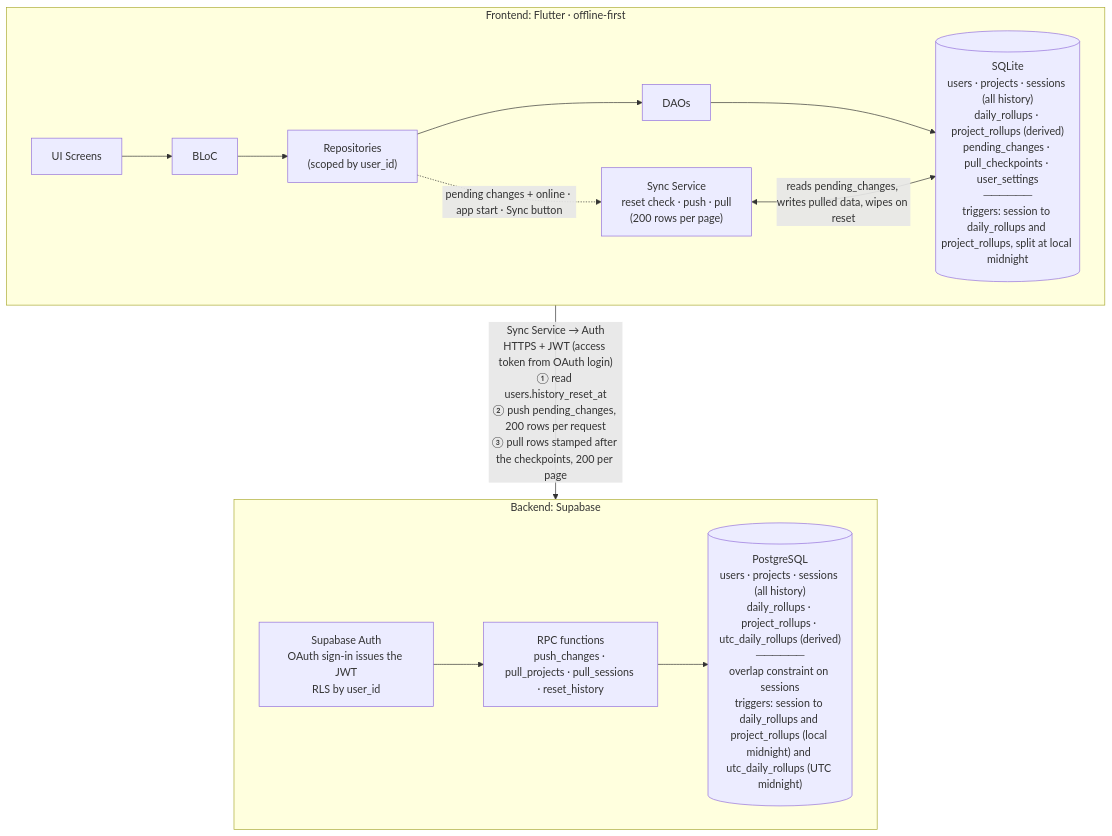
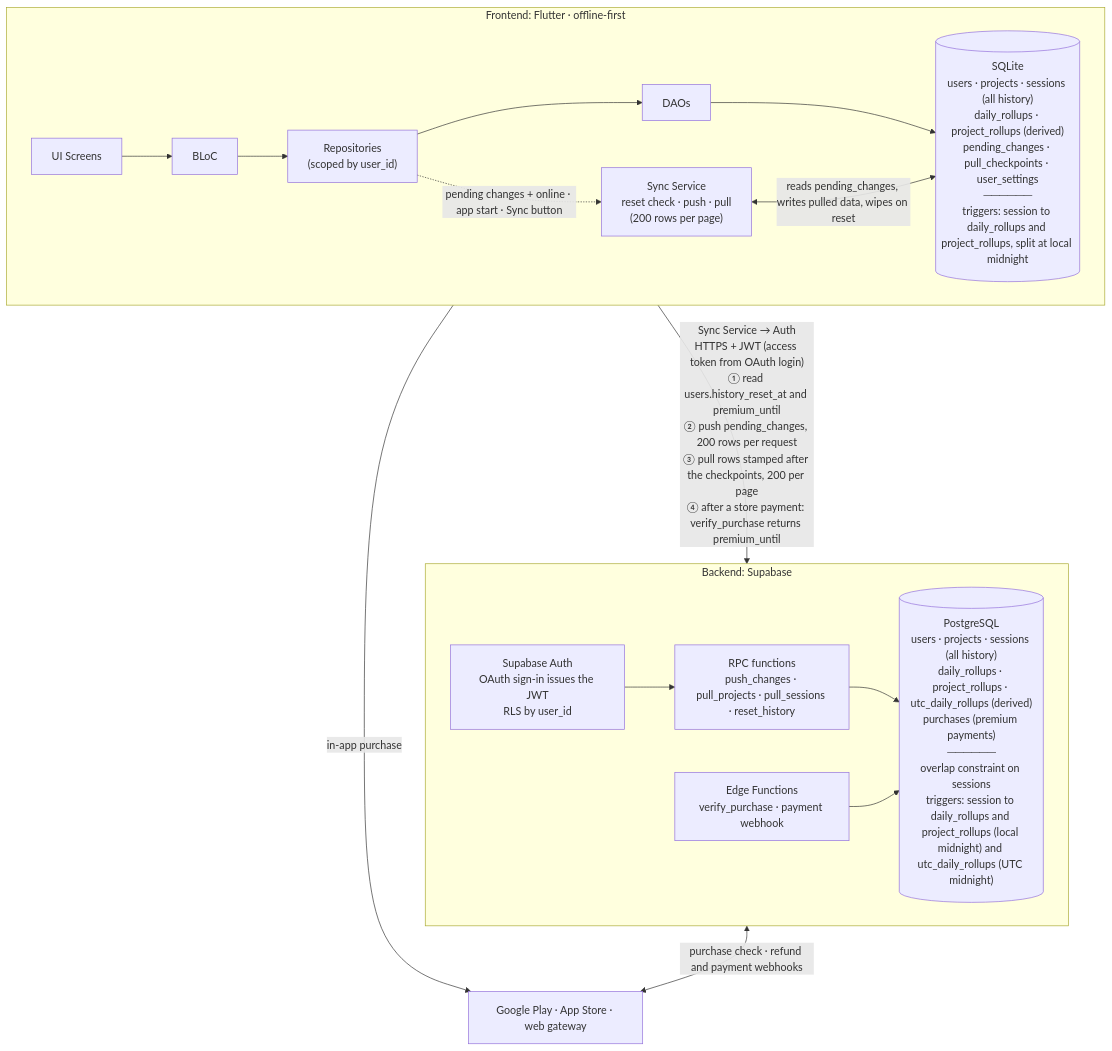
Before and after one commit to sardaar-niamotullah/tarkeez: the first of 3 diagrams in README.md, drawn with Mermaid. The commit also changed other lines of this file and 1 other file, not shown here.

````diff
--- a/README.md
+++ b/README.md
@@ -294,16 +305,21 @@
 ```mermaid
 flowchart TB
   subgraph APP["Frontend: Flutter · offline-first"]
     direction LR
     UI["UI Screens"] --> BLOC["BLoC"] --> REPO["Repositories<br/>(scoped by user_id)"] --> DAO["DAOs"] --> LDB[("SQLite<br/>users · projects · sessions (all history)<br/>daily_rollups · project_rollups (derived)<br/>pending_changes · pull_checkpoints · user_settings<br/>──────<br/>triggers: session to daily_rollups and project_rollups, split at local midnight")]
     REPO -.->|"pending changes + online · app start · Sync button"| SYNC["Sync Service<br/>reset check · push · pull<br/>(200 rows per page)"]
     SYNC <-->|"reads pending_changes, writes pulled data, wipes on reset"| LDB
   end
 
   subgraph CLOUD["Backend: Supabase"]
     direction LR
-    AUTH["Supabase Auth<br/>OAuth sign-in issues the JWT<br/>RLS by user_id"] --> RPC["RPC functions<br/>push_changes · pull_projects · pull_sessions · reset_history"] --> CDB[("PostgreSQL<br/>users · projects · sessions (all history)<br/>daily_rollups · project_rollups · utc_daily_rollups (derived)<br/>──────<br/>overlap constraint on sessions<br/>triggers: session to daily_rollups and project_rollups (local midnight) and utc_daily_rollups (UTC midnight)")]
+    AUTH["Supabase Auth<br/>OAuth sign-in issues the JWT<br/>RLS by user_id"] --> RPC["RPC functions<br/>push_changes · pull_projects · pull_sessions · reset_history"] --> CDB[("PostgreSQL<br/>users · projects · sessions (all history)<br/>daily_rollups · project_rollups · utc_daily_rollups (derived)<br/>purchases (premium payments)<br/>──────<br/>overlap constraint on sessions<br/>triggers: session to daily_rollups and project_rollups (local midnight) and utc_daily_rollups (UTC midnight)")]
+    EDGE["Edge Functions<br/>verify_purchase · payment webhook"] --> CDB
   end
 
-  APP -->|"Sync Service → Auth<br/>HTTPS + JWT (access token from OAuth login)<br/>① read users.history_reset_at<br/>② push pending_changes, 200 rows per request<br/>③ pull rows stamped after the checkpoints, 200 per page"| CLOUD
+  STORES["Google Play · App Store · web gateway"]
+
+  APP -->|"Sync Service → Auth<br/>HTTPS + JWT (access token from OAuth login)<br/>① read users.history_reset_at and premium_until<br/>② push pending_changes, 200 rows per request<br/>③ pull rows stamped after the checkpoints, 200 per page<br/>④ after a store payment: verify_purchase returns premium_until"| CLOUD
+  APP -->|"in-app purchase"| STORES
+  CLOUD <-->|"purchase check · refund and payment webhooks"| STORES
 ```
````
